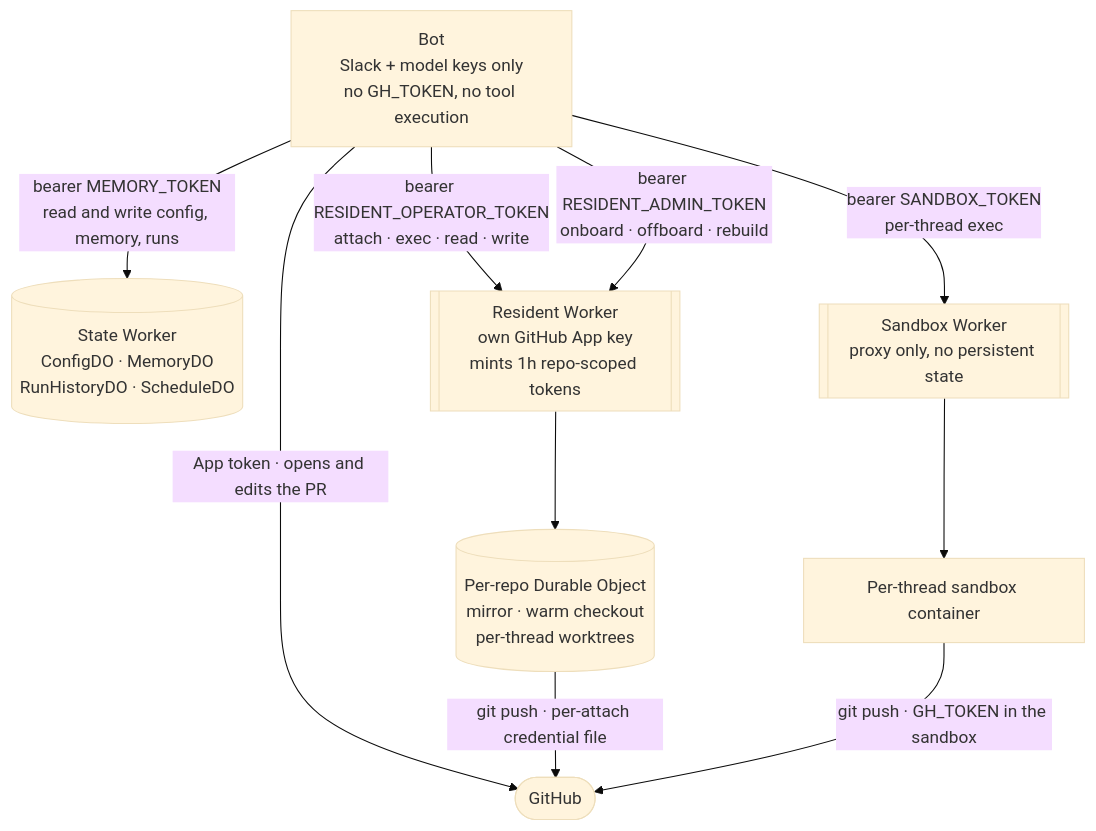
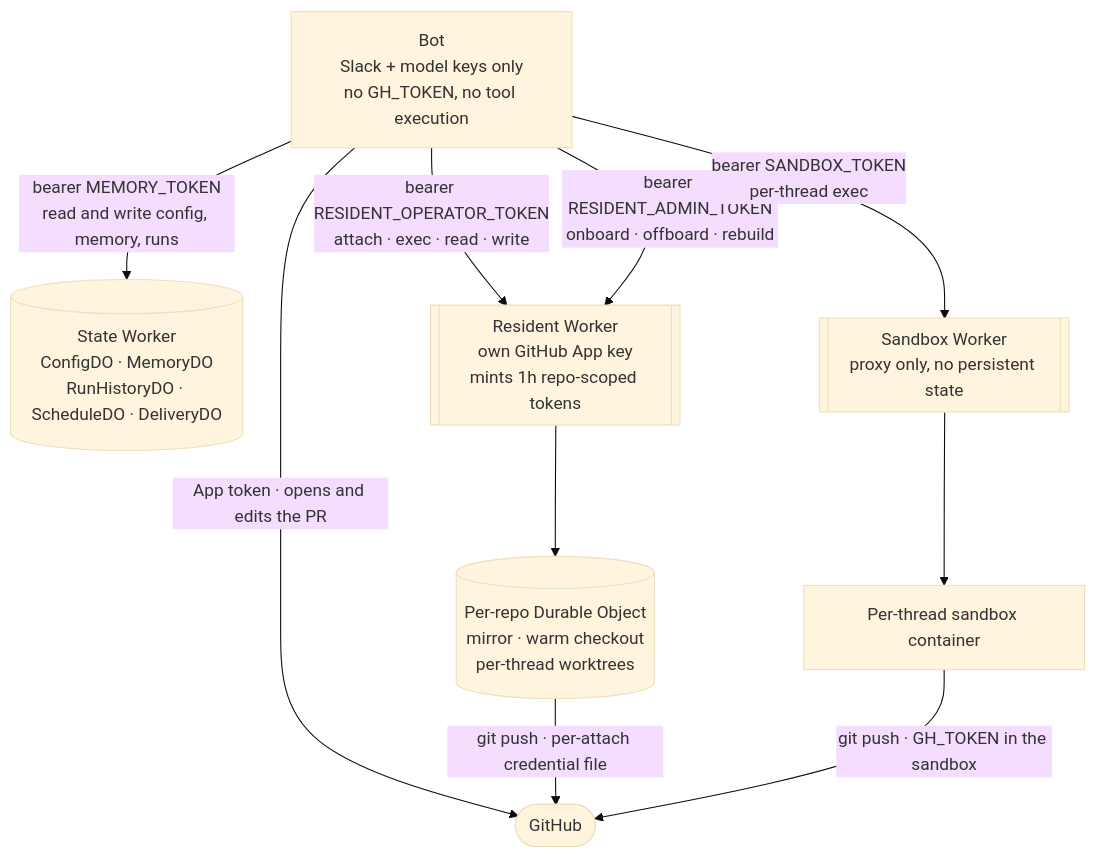
The second of 3 diagrams in docs/explanation/worker-topology.md (coreplanelabs/switchboard), drawn with Mermaid (base theme) before and after one commit. The commit also changed 36 other files, not shown here.

````diff
--- a/docs/explanation/worker-topology.md
+++ b/docs/explanation/worker-topology.md
@@ -56,23 +56,23 @@
 ```mermaid
 flowchart TB
     BOT["Bot<br/>Slack + model keys only<br/>no GH_TOKEN, no tool execution"]
 
-    STATE[("State Worker<br/>ConfigDO · MemoryDO<br/>RunHistoryDO · ScheduleDO")]
+    STATE[("State Worker<br/>ConfigDO · MemoryDO<br/>RunHistoryDO · ScheduleDO · DeliveryDO")]
     RESIDENT[["Resident Worker<br/>own GitHub App key<br/>mints 1h repo-scoped tokens"]]
     SANDBOX[["Sandbox Worker<br/>proxy only, no persistent state"]]
 
     RDO[("Per-repo Durable Object<br/>mirror · warm checkout<br/>per-thread worktrees")]
     SDO["Per-thread sandbox container"]
     GH(["GitHub"])
 
     BOT -->|"bearer MEMORY_TOKEN<br/>read and write config, memory, runs"| STATE
     BOT -->|"bearer RESIDENT_OPERATOR_TOKEN<br/>attach · exec · read · write"| RESIDENT
     BOT -->|"bearer RESIDENT_ADMIN_TOKEN<br/>onboard · offboard · rebuild"| RESIDENT
     BOT -->|"bearer SANDBOX_TOKEN<br/>per-thread exec"| SANDBOX
     BOT -->|"App token · opens and edits the PR"| GH
 
     RESIDENT --> RDO
     SANDBOX --> SDO
     RDO -->|"git push · per-attach credential file"| GH
     SDO -->|"git push · GH_TOKEN in the sandbox"| GH
 ```
````
